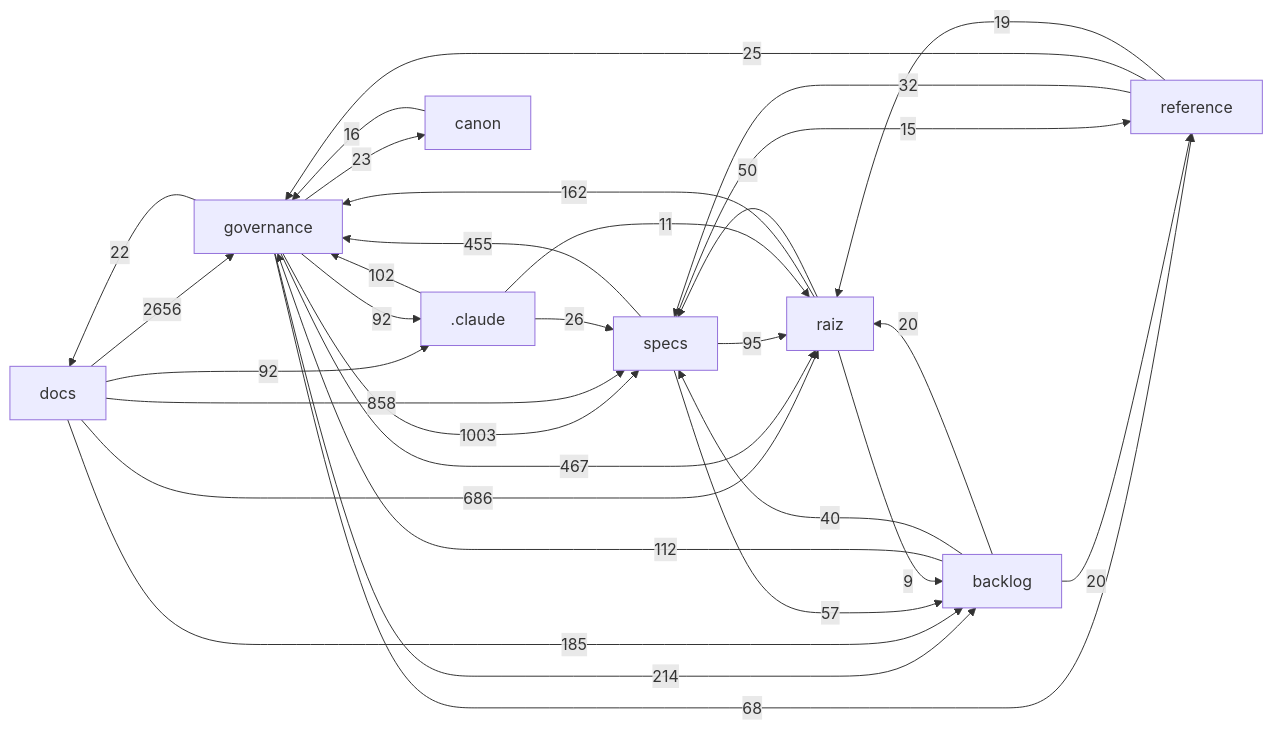
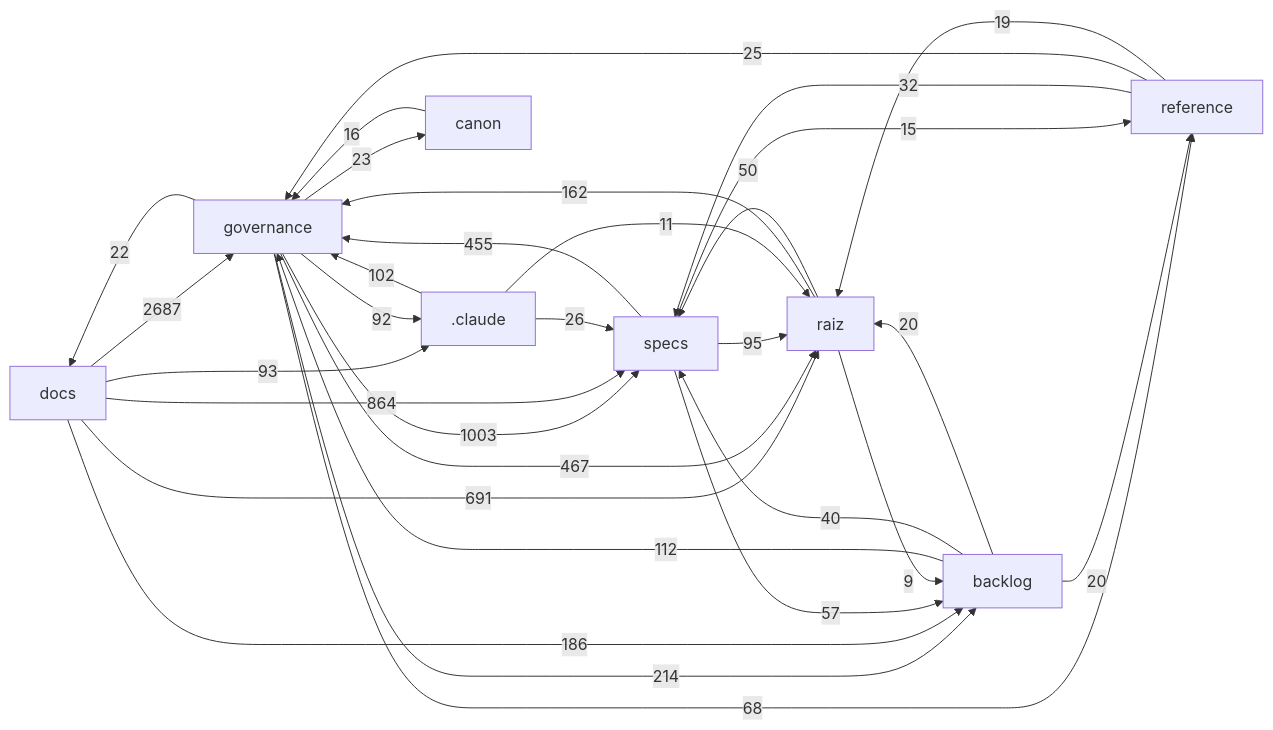
One commit to Andraus35/Sistema-Operacional-de-Trading--SOT changed the diagram in docs/mapa/MAPA-PROJETO.md. Above: the diagram before and after it, drawn with Mermaid. The commit also changed other lines of this file and 3 other files, not shown here.

````diff
--- a/docs/mapa/MAPA-PROJETO.md
+++ b/docs/mapa/MAPA-PROJETO.md
@@ -29,33 +29,33 @@
 ```mermaid
 flowchart LR
-  docs["docs"] -->|2656| governance["governance"]
+  docs["docs"] -->|2687| governance["governance"]
   governance["governance"] -->|1003| specs["specs"]
-  docs["docs"] -->|858| specs["specs"]
-  docs["docs"] -->|686| raiz["raiz"]
+  docs["docs"] -->|864| specs["specs"]
+  docs["docs"] -->|691| raiz["raiz"]
   governance["governance"] -->|467| raiz["raiz"]
   specs["specs"] -->|455| governance["governance"]
   governance["governance"] -->|214| backlog["backlog"]
-  docs["docs"] -->|185| backlog["backlog"]
+  docs["docs"] -->|186| backlog["backlog"]
   raiz["raiz"] -->|162| governance["governance"]
   backlog["backlog"] -->|112| governance["governance"]
   _claude[".claude"] -->|102| governance["governance"]
   specs["specs"] -->|95| raiz["raiz"]
-  docs["docs"] -->|92| _claude[".claude"]
+  docs["docs"] -->|93| _claude[".claude"]
   governance["governance"] -->|92| _claude[".claude"]
   governance["governance"] -->|68| reference["reference"]
   specs["specs"] -->|57| backlog["backlog"]
   raiz["raiz"] -->|50| specs["specs"]
   backlog["backlog"] -->|40| specs["specs"]
   reference["reference"] -->|32| specs["specs"]
   _claude[".claude"] -->|26| specs["specs"]
   reference["reference"] -->|25| governance["governance"]
   governance["governance"] -->|23| canon["canon"]
   governance["governance"] -->|22| docs["docs"]
   backlog["backlog"] -->|20| raiz["raiz"]
   backlog["backlog"] -->|20| reference["reference"]
   reference["reference"] -->|19| raiz["raiz"]
   canon["canon"] -->|16| governance["governance"]
   specs["specs"] -->|15| reference["reference"]
   _claude[".claude"] -->|11| raiz["raiz"]
   raiz["raiz"] -->|9| backlog["backlog"]
 ```
````
